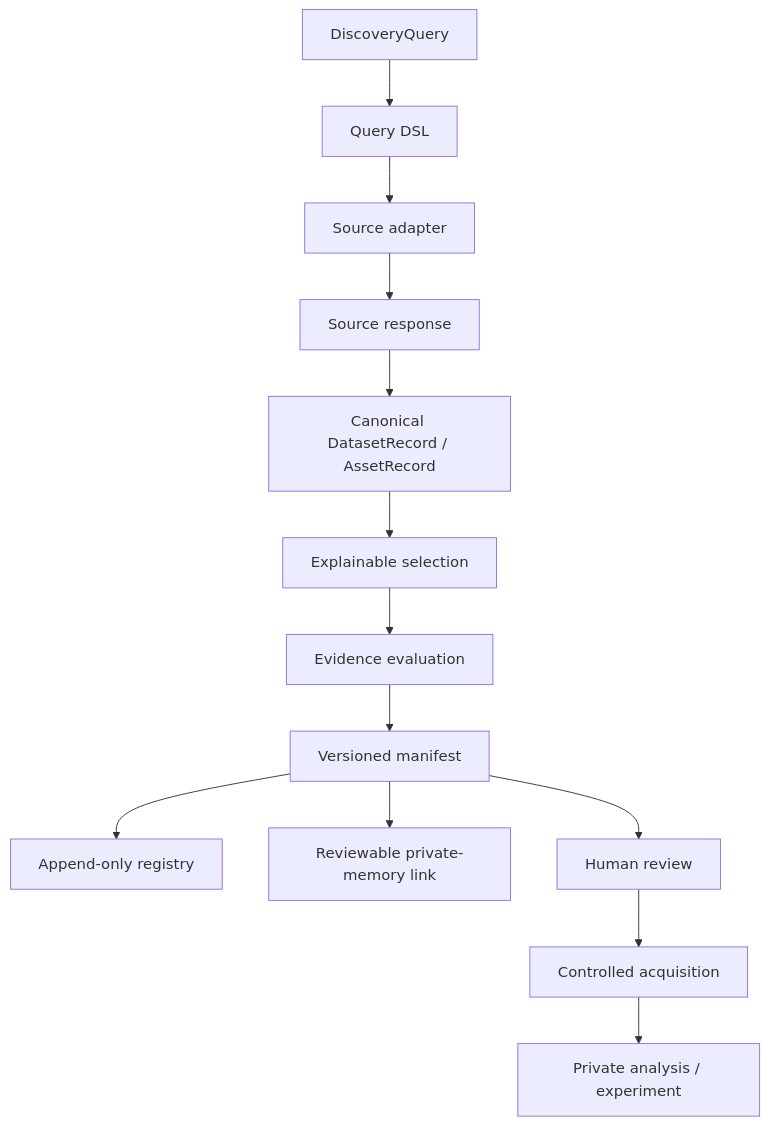
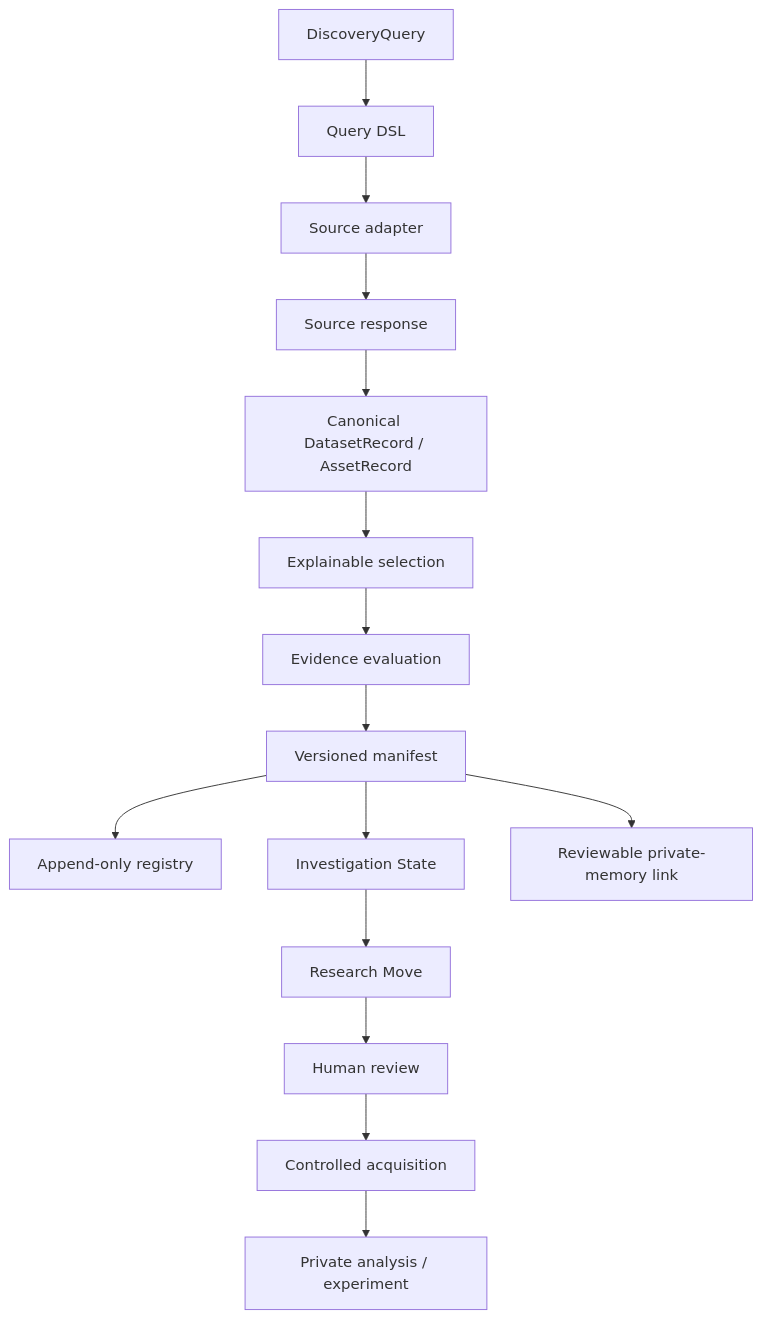
Before and after one commit to viniburilux/OI-Discovery: the first of 2 diagrams in docs/ARCHITECTURE.md, drawn with Mermaid. The commit also changed other lines of this file and 12 other files, not shown here.

````diff
--- a/docs/ARCHITECTURE.md
+++ b/docs/ARCHITECTURE.md
@@ -7,15 +7,17 @@
 ```mermaid
 flowchart TB
     Q[DiscoveryQuery] --> DSL[Query DSL]
     DSL --> AD[Source adapter]
     AD --> RAW[Source response]
     RAW --> CAN[Canonical DatasetRecord / AssetRecord]
     CAN --> SEL[Explainable selection]
     SEL --> EVAL[Evidence evaluation]
     EVAL --> MAN[Versioned manifest]
     MAN --> REG[Append-only registry]
+    MAN --> STATE[Investigation State]
+    STATE --> MOVE[Research Move]
+    MOVE --> HUMAN[Human review]
     MAN --> LINK[Reviewable private-memory link]
-    MAN --> HUMAN[Human review]
     HUMAN --> ACQ[Controlled acquisition]
     ACQ --> LAB[Private analysis / experiment]
 ```
````
